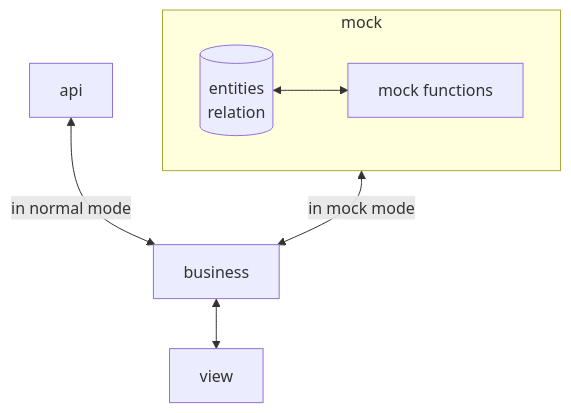
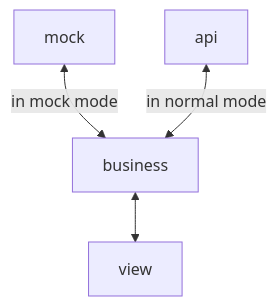
The diagram in README.md (niuiic/vue-fusion), drawn with Mermaid before and after one commit. The commit also changed other lines of this file, not shown here.

````diff
--- a/README.md
+++ b/README.md
@@ -114,15 +110,10 @@
 ```mermaid
 flowchart TB
     view
     business
-    subgraph mock
-        direction LR
-        db[(entities \n relation)]
-        fn[mock functions]
-        db <--> fn
-    end
+    mock
     api
     business <--> view
     mock <-- in mock mode --> business
     api <-- in normal mode --> business
 ```
````
